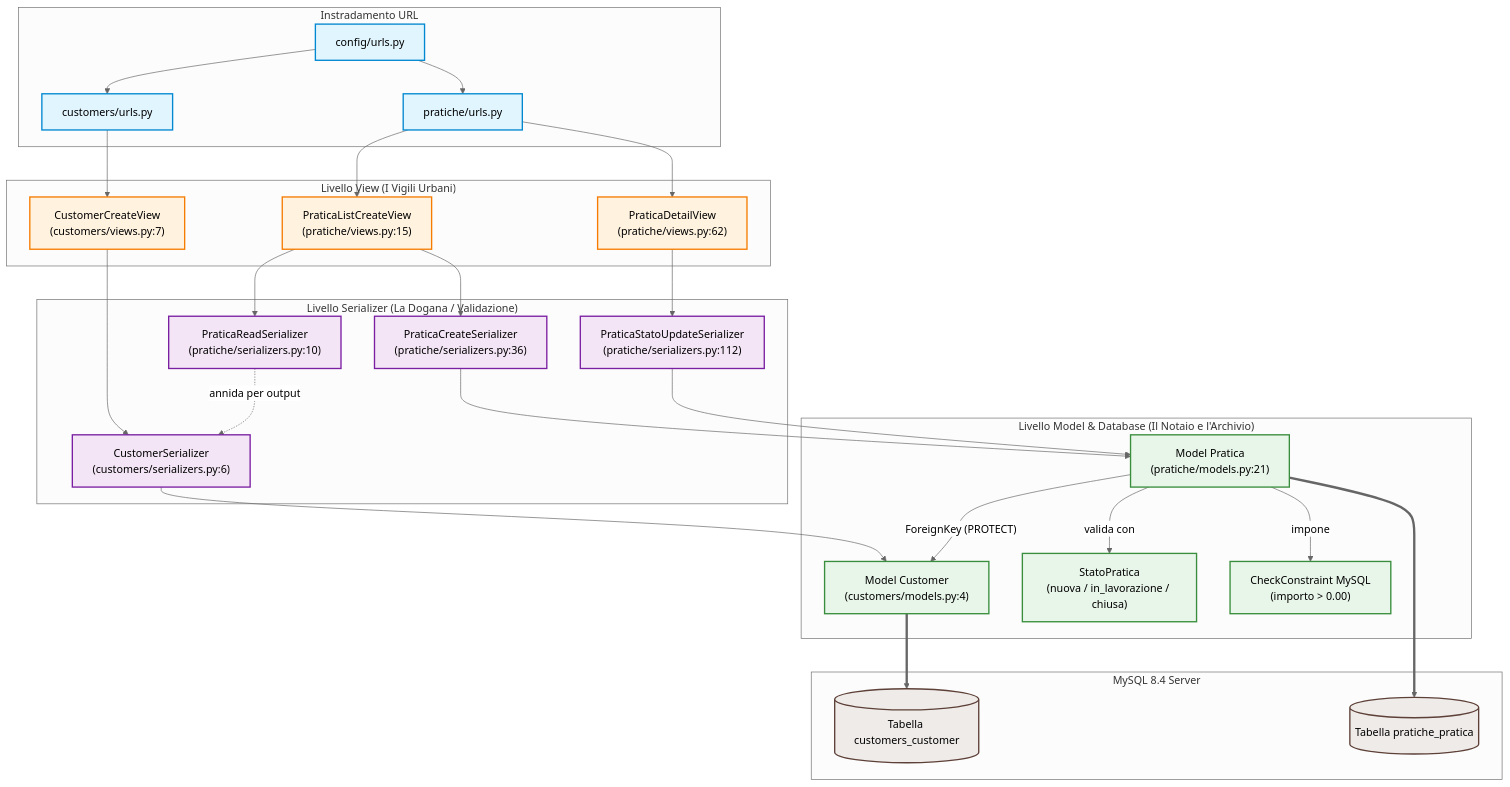
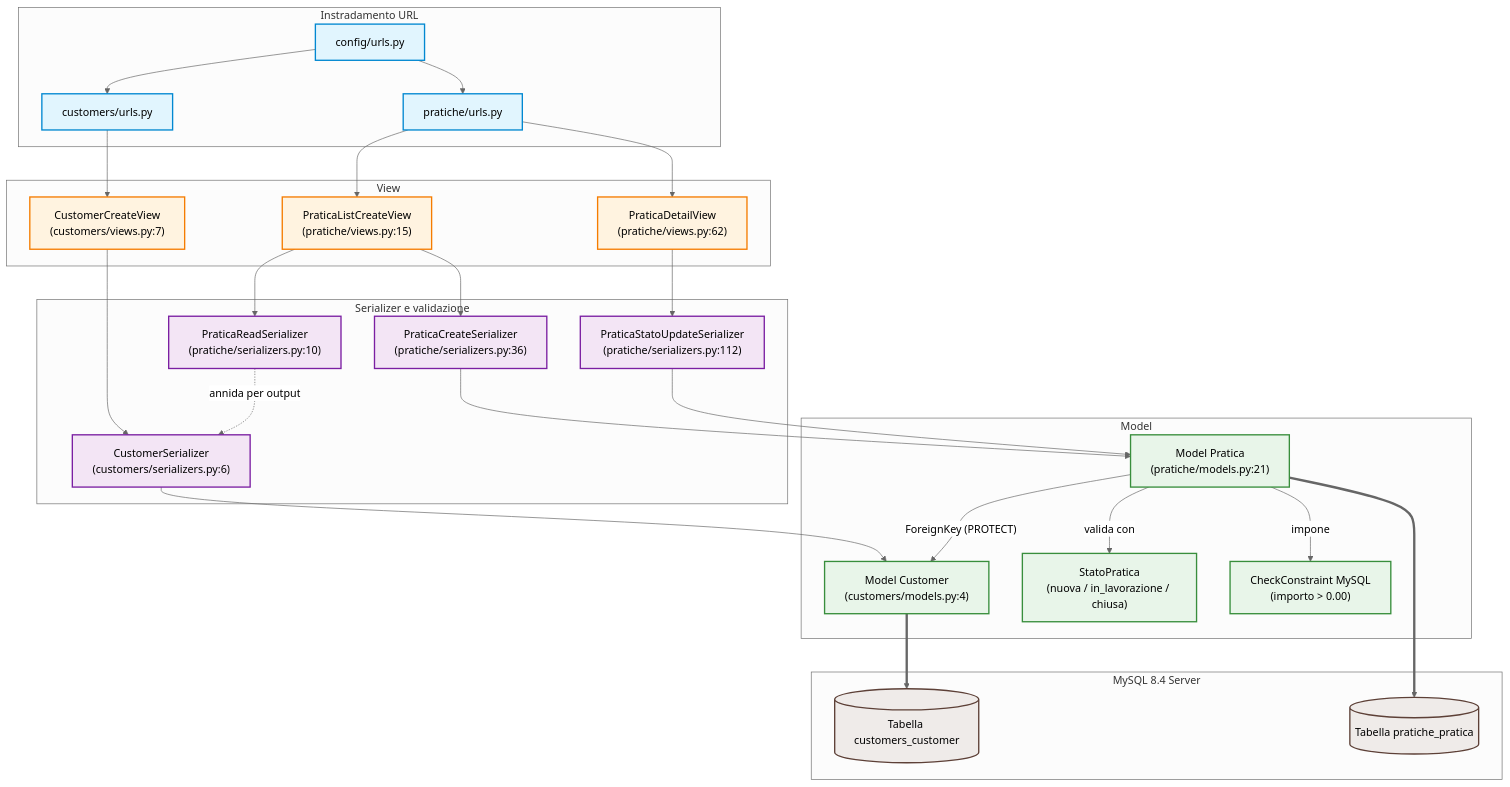
One commit to matteopasseri407/Debitoo changed the diagram in MAPPA_PROGETTO.md. Above: the diagram before and after it, drawn with Mermaid (neutral theme). The commit also changed other lines of this file and 3 other files, not shown here.

````diff
--- a/MAPPA_PROGETTO.md
+++ b/MAPPA_PROGETTO.md
@@ -26,49 +26,49 @@
 ```mermaid
 graph TD
     subgraph INGRESSO_HTTP ["Instradamento URL"]
         U_CONF["config/urls.py"] --> U_CUST["customers/urls.py"]
         U_CONF --> U_PRAT["pratiche/urls.py"]
     end
 
-    subgraph VIEWS ["Livello View (I Vigili Urbani)"]
+    subgraph VIEWS ["View"]
         U_CUST --> V_CUST["CustomerCreateView<br/>(customers/views.py:7)"]
         U_PRAT --> V_PRAT_LC["PraticaListCreateView<br/>(pratiche/views.py:15)"]
         U_PRAT --> V_PRAT_DET["PraticaDetailView<br/>(pratiche/views.py:62)"]
     end
 
-    subgraph SERIALIZERS ["Livello Serializer (La Dogana / Validazione)"]
+    subgraph SERIALIZERS ["Serializer e validazione"]
         V_CUST --> S_CUST["CustomerSerializer<br/>(customers/serializers.py:6)"]
         V_PRAT_LC --> S_PRAT_CR["PraticaCreateSerializer<br/>(pratiche/serializers.py:36)"]
         V_PRAT_LC --> S_PRAT_RD["PraticaReadSerializer<br/>(pratiche/serializers.py:10)"]
         V_PRAT_DET --> S_PRAT_UP["PraticaStatoUpdateSerializer<br/>(pratiche/serializers.py:112)"]
         
         S_PRAT_RD -.->|"annida per output"| S_CUST
     end
 
-    subgraph MODELS ["Livello Model & Database (Il Notaio e l'Archivio)"]
+    subgraph MODELS ["Model"]
         S_CUST --> M_CUST["Model Customer<br/>(customers/models.py:4)"]
         S_PRAT_CR --> M_PRAT["Model Pratica<br/>(pratiche/models.py:21)"]
         S_PRAT_UP --> M_PRAT
         
         M_PRAT -->|"ForeignKey (PROTECT)"| M_CUST
         M_PRAT -->|"valida con"| M_ENUM["StatoPratica<br/>(nuova / in_lavorazione / chiusa)"]
         M_PRAT -->|"impone"| M_CHECK["CheckConstraint MySQL<br/>(importo > 0.00)"]
     end
 
     subgraph DB ["MySQL 8.4 Server"]
         M_CUST ==> T_CUST[("Tabella customers_customer")]
         M_PRAT ==> T_PRAT[("Tabella pratiche_pratica")]
     end
 
     classDef http fill:#e1f5fe,stroke:#0288d1,stroke-width:2px;
     classDef view fill:#fff3e0,stroke:#f57c00,stroke-width:2px;
     classDef ser fill:#f3e5f5,stroke:#7b1fa2,stroke-width:2px;
     classDef mod fill:#e8f5e9,stroke:#388e3c,stroke-width:2px;
     classDef db fill:#efebe9,stroke:#5d4037,stroke-width:2px;
 
     class U_CONF,U_CUST,U_PRAT http;
     class V_CUST,V_PRAT_LC,V_PRAT_DET view;
     class S_CUST,S_PRAT_CR,S_PRAT_RD,S_PRAT_UP ser;
     class M_CUST,M_PRAT,M_ENUM,M_CHECK mod;
     class T_CUST,T_PRAT db;
 ```
````
